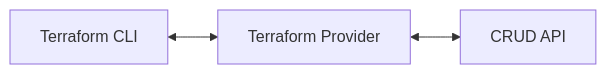
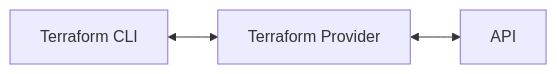
One commit to sudomateo/terraform-training changed the first of 2 diagrams in topics/language/getting-started/README.md. Above: the diagram before and after it, drawn with Mermaid. The commit also changed other lines of this file and 3 other files, not shown here.

````diff
--- a/topics/language/getting-started/README.md
+++ b/topics/language/getting-started/README.md
@@ -56,8 +56,8 @@
 ```mermaid
 flowchart LR
 	cli[Terraform CLI]
 	plugin[Terraform Provider]
-	api[CRUD API]
+	api[API]
 
 	cli <--> plugin <--> api
 ```
````
